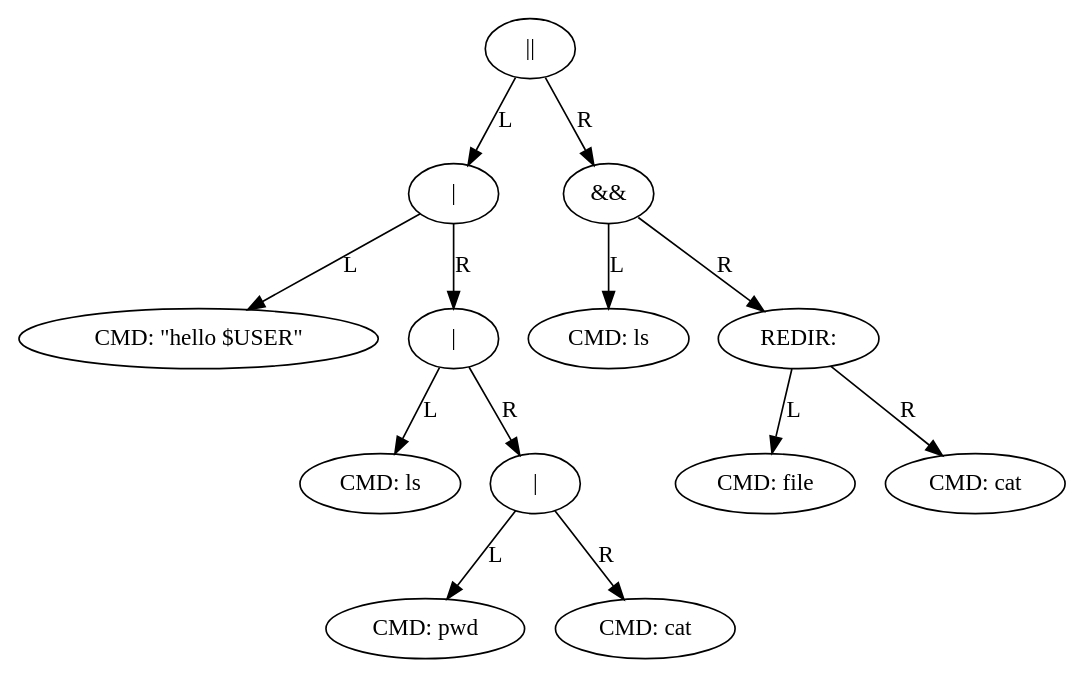
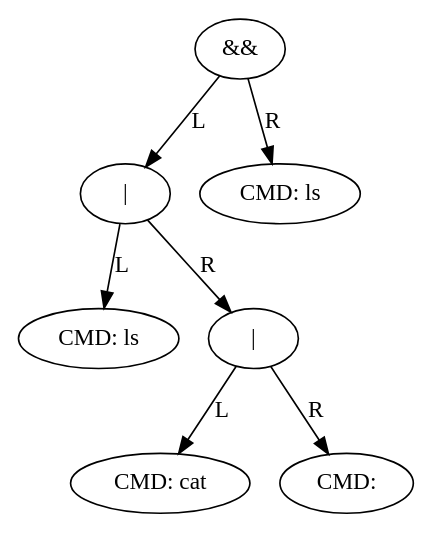
Before and after one commit to elachyry/minishell: the diagram in ast.dot, drawn with Graphviz. The commit also changed 9 other files, not shown here.

```diff
--- a/ast.dot
+++ b/ast.dot
@@ -1,27 +1,15 @@
 digraph AST {
-"0x603000001270" [label="||"];
-"0x603000001270" -> "0x6030000012a0" [label="L"];
-"0x6030000012a0" [label="|"];
-"0x6030000012a0" -> "0x6030000012d0" [label="L"];
-"0x6030000012d0" [label="CMD: \"hello $USER\""];
-"0x6030000012a0" -> "0x603000001300" [label="R"];
-"0x603000001300" [label="|"];
-"0x603000001300" -> "0x603000001330" [label="L"];
-"0x603000001330" [label="CMD: ls"];
-"0x603000001300" -> "0x603000001360" [label="R"];
-"0x603000001360" [label="|"];
-"0x603000001360" -> "0x603000001390" [label="L"];
-"0x603000001390" [label="CMD: pwd"];
-"0x603000001360" -> "0x6030000013c0" [label="R"];
-"0x6030000013c0" [label="CMD: cat"];
-"0x603000001270" -> "0x6030000013f0" [label="R"];
-"0x6030000013f0" [label="&&"];
-"0x6030000013f0" -> "0x603000001420" [label="L"];
-"0x603000001420" [label="CMD: ls"];
-"0x6030000013f0" -> "0x603000001450" [label="R"];
-"0x603000001450" [label="REDIR: "];
-"0x603000001450" -> "0x6030000014b0" [label="L"];
-"0x6030000014b0" [label="CMD: file"];
-"0x603000001450" -> "0x603000001480" [label="R"];
-"0x603000001480" [label="CMD: cat"];
+"0x603000001690" [label="&&"];
+"0x603000001690" -> "0x6030000016c0" [label="L"];
+"0x6030000016c0" [label="|"];
+"0x6030000016c0" -> "0x6030000016f0" [label="L"];
+"0x6030000016f0" [label="CMD: ls"];
+"0x6030000016c0" -> "0x603000001720" [label="R"];
+"0x603000001720" [label="|"];
+"0x603000001720" -> "0x603000001750" [label="L"];
+"0x603000001750" [label="CMD: cat"];
+"0x603000001720" -> "0x603000001780" [label="R"];
+"0x603000001780" [label="CMD: "];
+"0x603000001690" -> "0x6030000017b0" [label="R"];
+"0x6030000017b0" [label="CMD: ls"];
 }
```
